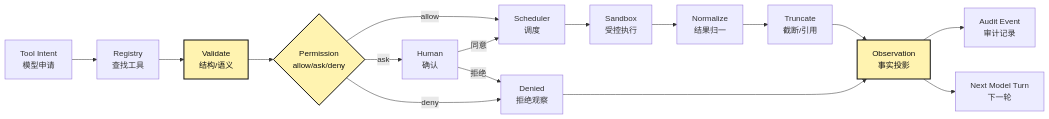
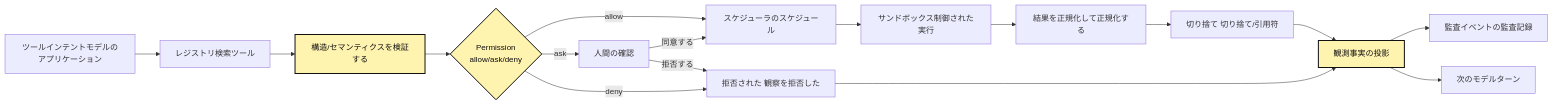
One commit to LienJack/learn-agent changed the diagram in src/content/blog/ja/AI/build-harness/assets/00-13-tool-runtime-observation/mermaid-01.mmd. Above: the diagram before and after it, drawn with Mermaid. The commit also changed 665 other files, not shown here.

```diff
--- a/src/content/blog/ja/AI/build-harness/assets/00-13-tool-runtime-observation/mermaid-01.mmd
+++ b/src/content/blog/ja/AI/build-harness/assets/00-13-tool-runtime-observation/mermaid-01.mmd
@@ -1,22 +1,22 @@
 flowchart LR
-  I["Tool Intent\n模型申请"] --> R["Registry\n查找工具"]
-  R --> V["Validate\n结构/语义"]
+  I["ツールインテントモデルのアプリケーション"] --> R["レジストリ検索ツール"]
+  R --> V["構造/セマンティクスを検証する"]
   V --> P{"Permission\nallow/ask/deny"}
-  P -->|allow| S["Scheduler\n调度"]
-  P -->|ask| H["Human\n确认"]
-  P -->|deny| N["Denied\n拒绝观察"]
-  H -->|同意| S
-  H -->|拒绝| N
-  S --> X["Sandbox\n受控执行"]
-  X --> Z["Normalize\n结果归一"]
-  Z --> T["Truncate\n截断/引用"]
-  T --> O["Observation\n事实投影"]
+  P -->|allow| S["スケジューラのスケジュール"]
+  P -->|ask| H["人間の確認"]
+  P -->|deny| N["拒否された 観察を拒否した"]
+  H -->|同意する| S
+  H -->|拒否する| N
+  S --> X["サンドボックス制御された実行"]
+  X --> Z["結果を正規化して正規化する"]
+  Z --> T["切り捨て 切り捨て/引用符"]
+  T --> O["観測事実の投影"]
   N --> O
-  O --> A["Audit Event\n审计记录"]
-  O --> M["Next Model Turn\n下一轮"]
+  O --> A["監査イベントの監査記録"]
+  O --> M["次のモデルターン"]
 
   V:::hot
   P:::hot
   O:::hot
 
   classDef hot fill:#fff3b0,stroke:#111,stroke-width:2px,color:#111;
```
